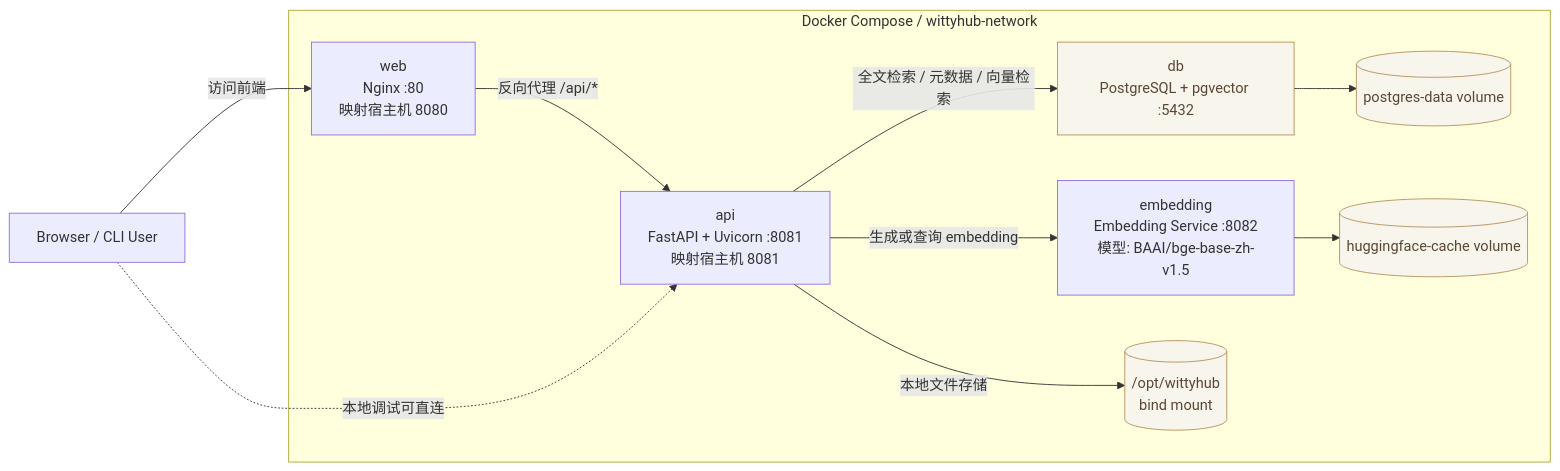
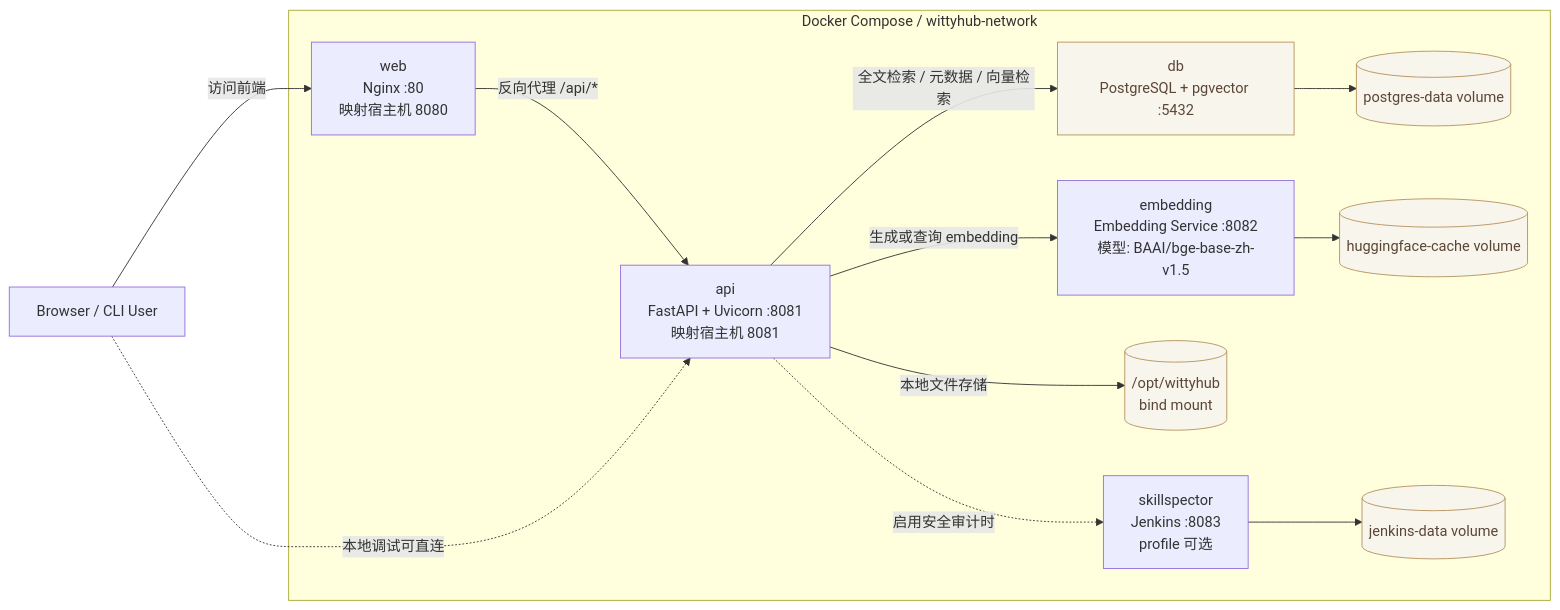
One commit to openeuler-mirror/wittyhub changed the diagram in README.md. Above: the diagram before and after it, drawn with Mermaid. The commit also changed other lines of this file and 3 other files, not shown here.

````diff
--- a/README.md
+++ b/README.md
@@ -29,32 +30,37 @@
 ```mermaid
 flowchart LR
     User[Browser / CLI User]
 
     subgraph Compose["Docker Compose / wittyhub-network"]
         Web["web<br/>Nginx :80<br/>映射宿主机 8080"]
         API["api<br/>FastAPI + Uvicorn :8081<br/>映射宿主机 8081"]
         Embedding["embedding<br/>Embedding Service :8082<br/>模型: BAAI/bge-base-zh-v1.5"]
         DB["db<br/>PostgreSQL + pgvector :5432"]
         SkillData[("/opt/wittyhub<br/>bind mount")]
         PgData[("postgres-data volume")]
         ModelCache[("huggingface-cache volume")]
+        SkillSpector["skillspector<br/>Jenkins :8083<br/>profile 可选"]
+        JenkinsData[("jenkins-data volume")]
     end
 
     User -->|"访问前端"| Web
     Web -->|"反向代理 /api/*"| API
     User -.->|"本地调试可直连"| API
 
     API -->|"全文检索 / 元数据 / 向量检索"| DB
     API -->|"生成或查询 embedding"| Embedding
     API -->|"本地文件存储"| SkillData
 
     DB --> PgData
     Embedding --> ModelCache
+    API -.->|"启用安全审计时"| SkillSpector
+    SkillSpector --> JenkinsData
 
     DB:::store
     SkillData:::store
     PgData:::store
     ModelCache:::store
+    JenkinsData:::store
 
     classDef store fill:#f8f5ec,stroke:#b6925e,color:#5b4636;
 ```
````
